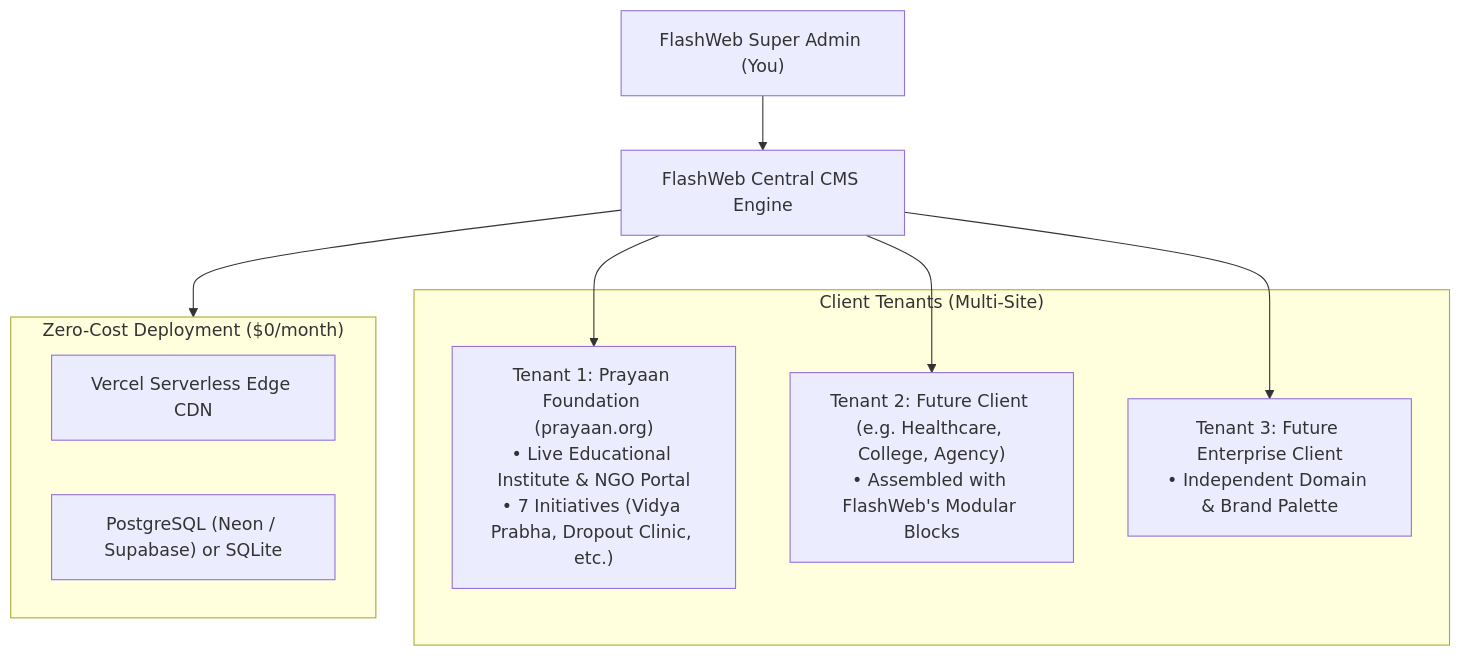
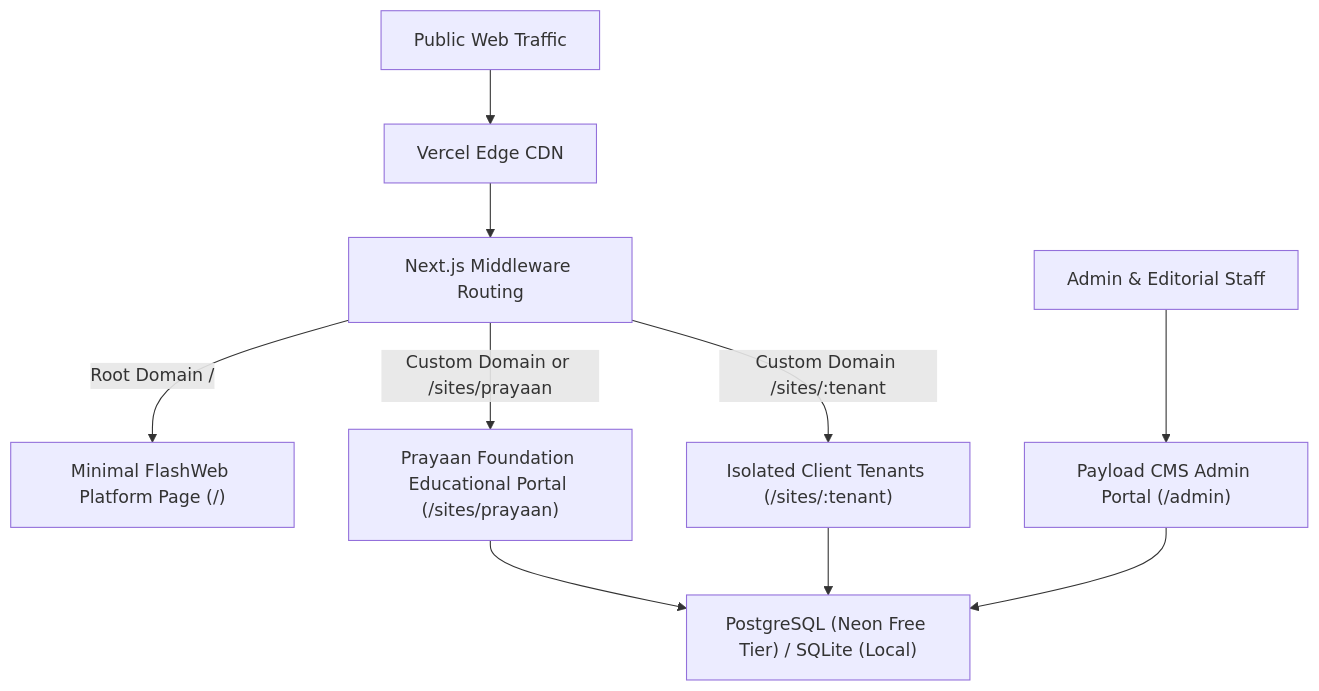
The diagram in README.md (ithiyacloud2/flashweb), drawn with Mermaid before and after one commit. The commit also changed other lines of this file and 7 other files, not shown here.

Commit message:
feat: minimal professional FlashWeb landing page, client privacy, seed API, and multi-variable postgres support

````diff
--- a/README.md
+++ b/README.md
@@ -11,21 +9,14 @@
 ```mermaid
 flowchart TD
-    SuperAdmin["FlashWeb Super Admin (You)"] --> FlashEngine["FlashWeb Central CMS Engine"]
+    PublicUser["Public Web Traffic"] --> EdgeCDN["Vercel Edge CDN"]
+    EdgeCDN --> Middleware["Next.js Middleware Routing"]
     
-    subgraph MultiTenant["Client Tenants (Multi-Site)"]
-        T1["Tenant 1: Prayaan Foundation (prayaan.org)<br>• Live Educational Institute & NGO Portal<br>• 7 Initiatives (Vidya Prabha, Dropout Clinic, etc.)"]
-        T2["Tenant 2: Future Client (e.g. Healthcare, College, Agency)<br>• Assembled with FlashWeb's Modular Blocks"]
-        T3["Tenant 3: Future Enterprise Client<br>• Independent Domain & Brand Palette"]
-    end
+    Middleware -->|Root Domain /| FlashLanding["Minimal FlashWeb Platform Page (/)"]
+    Middleware -->|Custom Domain or /sites/prayaan| TenantSite["Prayaan Foundation Educational Portal (/sites/prayaan)"]
+    Middleware -->|Custom Domain /sites/:tenant| FutureTenants["Isolated Client Tenants (/sites/:tenant)"]
     
-    FlashEngine --> T1
-    FlashEngine --> T2
-    FlashEngine --> T3
-
-    subgraph Infrastructure["Zero-Cost Deployment ($0/month)"]
-        Vercel["Vercel Serverless Edge CDN"]
-        DB["PostgreSQL (Neon / Supabase) or SQLite"]
-    end
-
-    FlashEngine --> Infrastructure
+    AdminUser["Admin & Editorial Staff"] --> AdminPanel["Payload CMS Admin Portal (/admin)"]
+    AdminPanel --> Database["PostgreSQL (Neon Free Tier) / SQLite (Local)"]
+    TenantSite --> Database
+    FutureTenants --> Database
 ```
````
